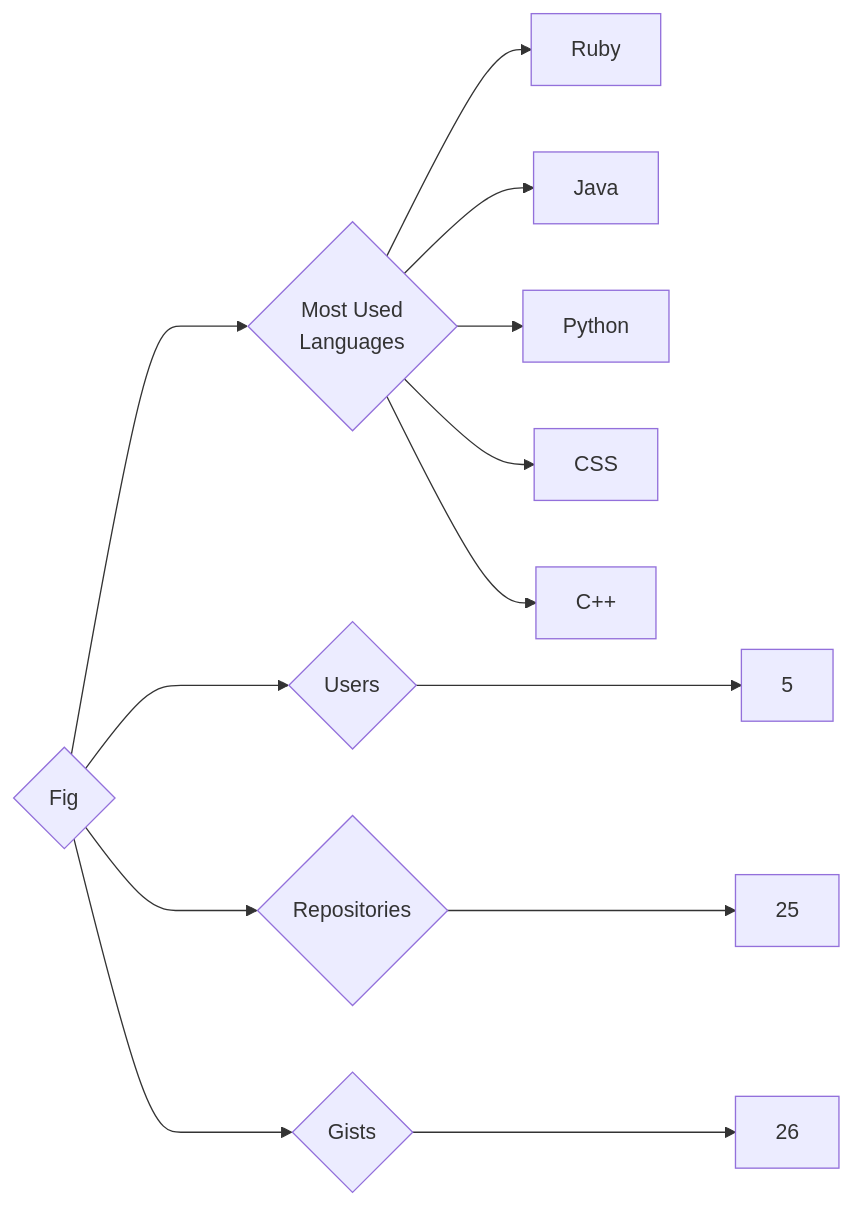
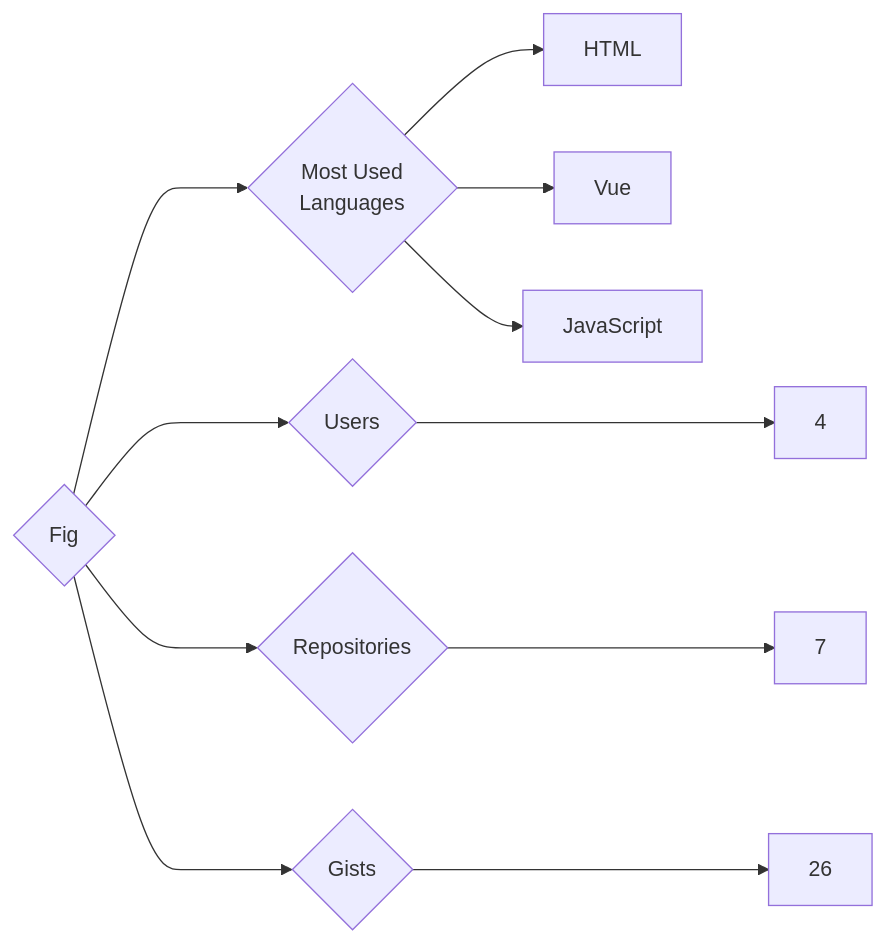
The diagram in targets/Fig/README.md (trickest/insiders), drawn with Mermaid before and after one commit. The commit also changed 997 other files, not shown here.

````diff
--- a/targets/Fig/README.md
+++ b/targets/Fig/README.md
@@ -3,13 +3,11 @@
 ```mermaid
 graph LR
 COMPANY_NAME{Fig}
-COMPANY_NAME ---> U{Users} ---> UN[5]
-COMPANY_NAME ---> R{Repositories} ---> RN[25]
+COMPANY_NAME ---> U{Users} ---> UN[4]
+COMPANY_NAME ---> R{Repositories} ---> RN[7]
 COMPANY_NAME ---> G{Gists} ---> GN[26]
 COMPANY_NAME ---> ML{Most Used<br>Languages}
-ML --> Ruby[Ruby]
-ML --> Java[Java]
-ML --> Python[Python]
-ML --> CSS[CSS]
-ML --> C++[C++]
+ML --> HTML[HTML]
+ML --> Vue[Vue]
+ML --> JavaScript[JavaScript]
 ```
````
